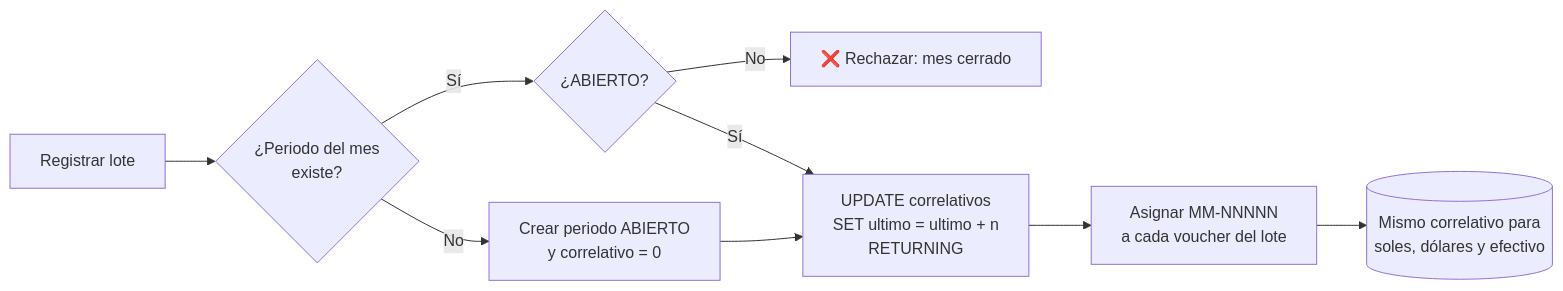
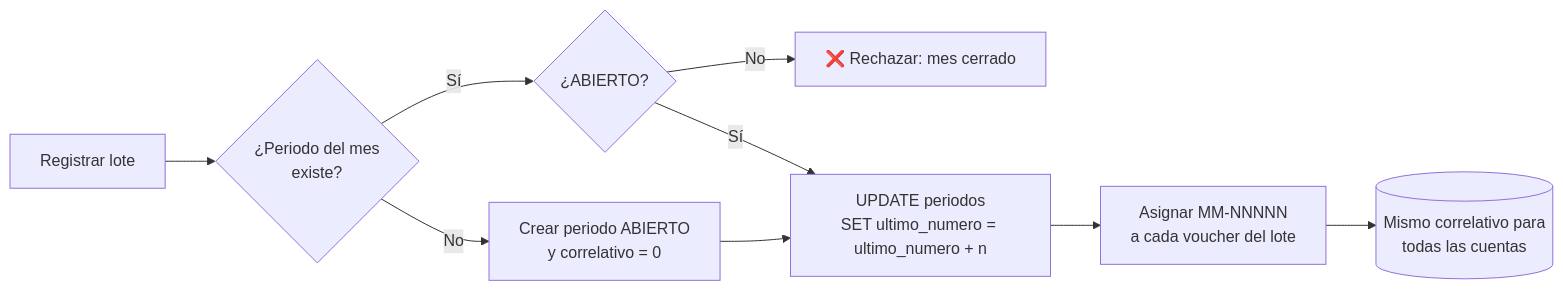
Diagram 11 of 15 in README.md (Jose27luis/conciliacion-bancaria), drawn with Mermaid before and after one commit. The commit also changed other lines of this file, not shown here.

````diff
--- a/README.md
+++ b/README.md
@@ -555,11 +542,11 @@
 ```mermaid
 flowchart LR
     A[Registrar lote] --> B{¿Periodo del mes<br/>existe?}
     B -->|No| C[Crear periodo ABIERTO<br/>y correlativo = 0]
     B -->|Sí| D{¿ABIERTO?}
     D -->|No| X[❌ Rechazar: mes cerrado]
     D -->|Sí| E
-    C --> E[UPDATE correlativos<br/>SET ultimo = ultimo + n<br/>RETURNING]
+    C --> E[UPDATE periodos<br/>SET ultimo_numero = ultimo_numero + n]
     E --> F[Asignar MM-NNNNN<br/>a cada voucher del lote]
-    F --> G[(Mismo correlativo para<br/>soles, dólares y efectivo)]
+    F --> G[(Mismo correlativo para<br/>todas las cuentas)]
 ```
````
